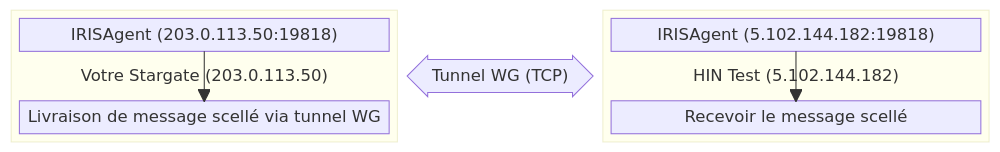
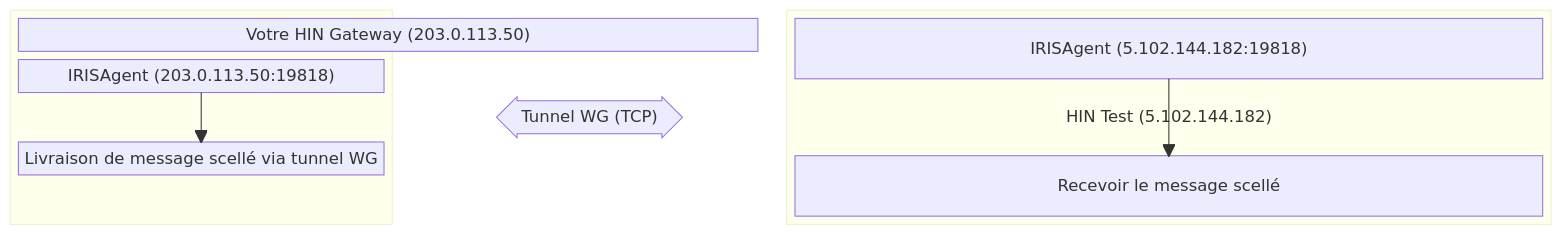
Before and after one commit to Health-Info-Net-AG/Stargate-deployment: the first of 2 diagrams in docs/fr/Docker-advanced.md, drawn with Mermaid. The commit also changed other lines of this file and 64 other files, not shown here.

Commit message:
All "Stargates" replaced with "HIN Gateway", also with `(?<![/\w-])Stargate(?![/\w-])` rule.

````diff
--- a/docs/fr/Docker-advanced.md
+++ b/docs/fr/Docker-advanced.md
@@ -461,23 +461,23 @@
 ```mermaid
 block
 columns 5
-  block:Stargate["Votre Stargate (203.0.113.50)"]:2
+  block:HIN Gateway["Votre HIN Gateway (203.0.113.50)"]:2
     columns 1
     A
     space
     A --> B
     A["IRISAgent (203.0.113.50:19818)"]
     B["Livraison de message scellé via tunnel WG"]
   end
 
   blockArrowId1<["Tunnel WG (TCP)"]>(x):1
 
   block:mxengine["HIN Test (5.102.144.182)"]:2
     columns 1
     C
     space
     C --> D
     C["IRISAgent (5.102.144.182:19818)"]
     D["Recevoir le message scellé"]
   end
 ```
````
